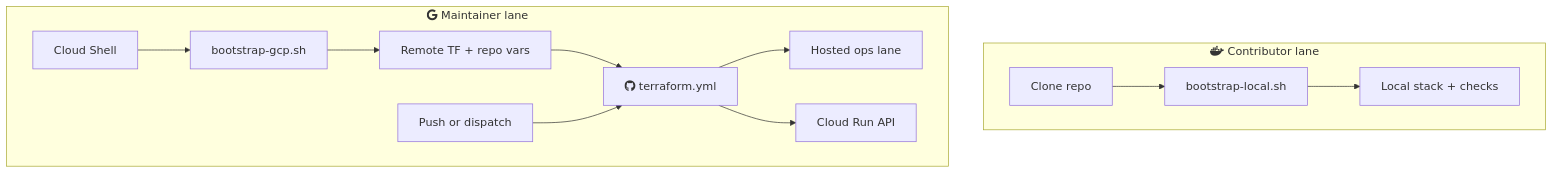
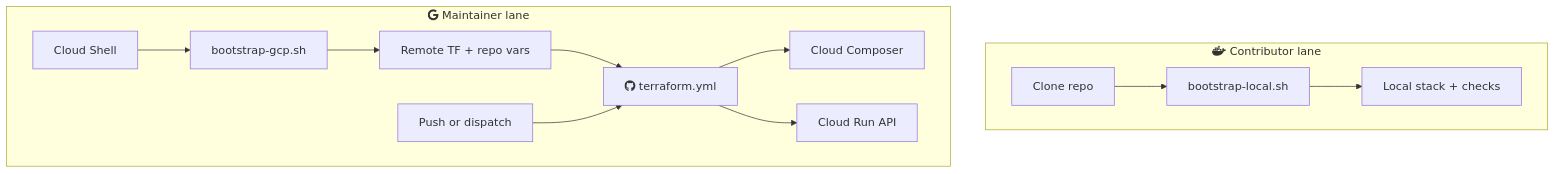
The first of 2 diagrams in docs/site/system/delivery-and-operator-workflow.md (javihslu/foehncast), drawn with Mermaid before and after one commit. The commit also changed other lines of this file and 7 other files, not shown here.

First line of the commit message:
docs(system): update system pages for GCP-native architecture

```diff
--- a/docs/site/system/delivery-and-operator-workflow.md
+++ b/docs/site/system/delivery-and-operator-workflow.md
@@ -13,25 +13,25 @@
 <div class="mermaid">
 flowchart TD
     subgraph Local["fab:fa-docker Contributor lane"]
         direction LR
         CLONE["Clone repo"]
         LOCAL["bootstrap-local.sh"]
         LVERIFY["Local stack + checks"]
         CLONE --> LOCAL --> LVERIFY
     end
 
     subgraph Maintainer["fab:fa-google Maintainer lane"]
         direction LR
         SHELL["Cloud Shell"]
         BGCP["bootstrap-gcp.sh"]
         HANDOFF["Remote TF + repo vars"]
         PUSH["Push or dispatch"]
         TFWF["fab:fa-github terraform.yml"]
-        HOST["Hosted ops lane"]
+        CMP["Cloud Composer"]
         RUN["Cloud Run API"]
         SHELL --> BGCP --> HANDOFF --> TFWF
         PUSH --> TFWF
-        TFWF --> HOST
+        TFWF --> CMP
         TFWF --> RUN
     end
 </div>
```
